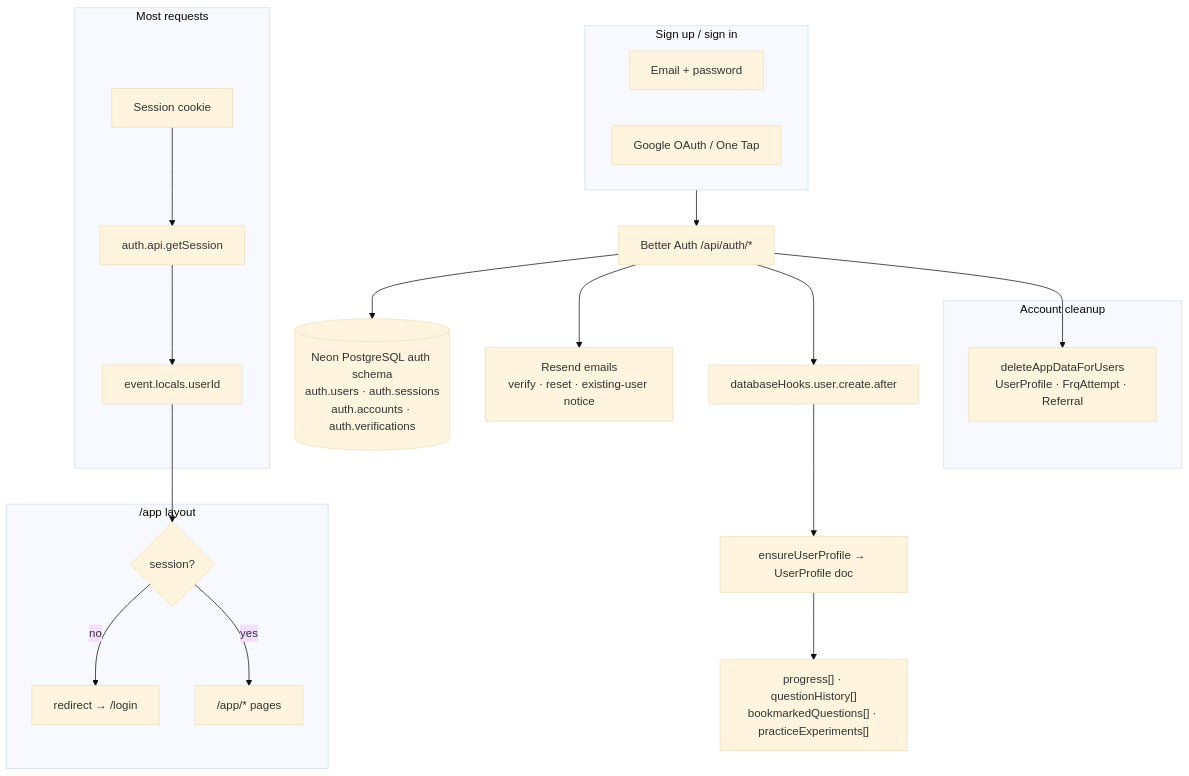
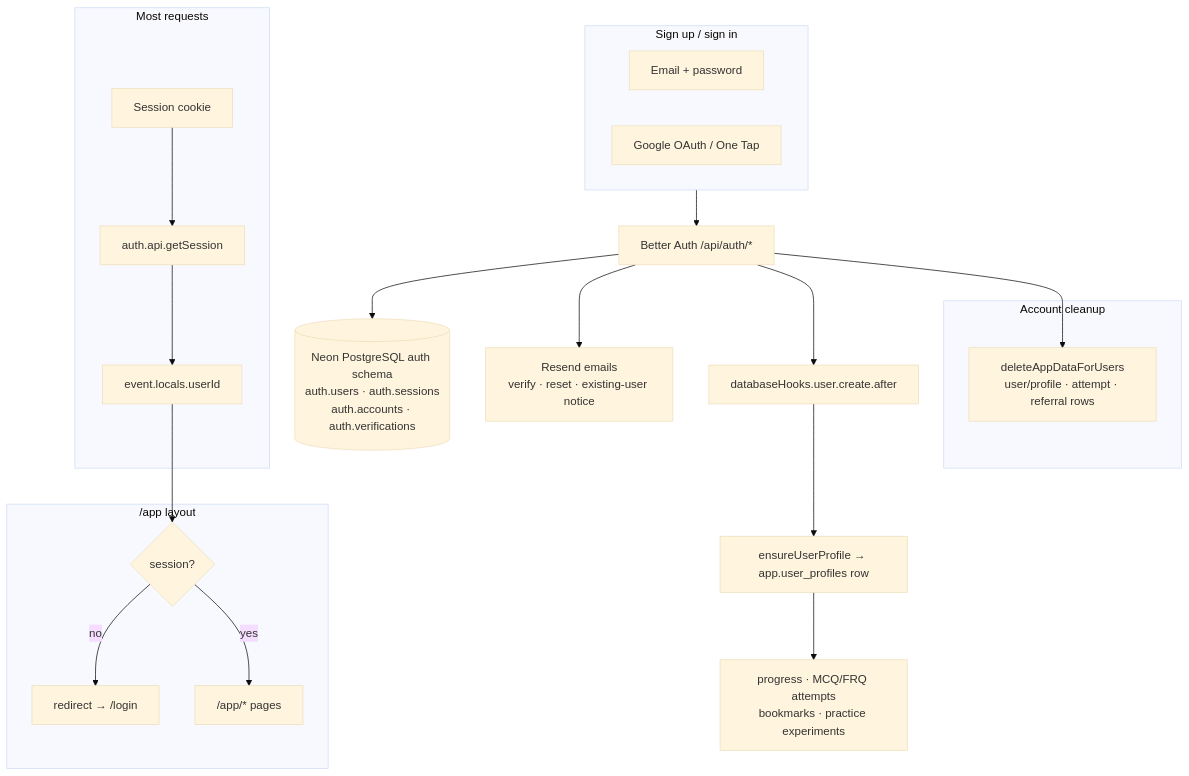
Before and after one commit to 5cisummai/freeappractice: the fifth of 7 diagrams in docs/architecture.md, drawn with Mermaid (base theme). The commit also changed other lines of this file and 151 other files, not shown here.

Commit message:
simplify application architecture

````diff
--- a/docs/architecture.md
+++ b/docs/architecture.md
@@ -230,32 +230,32 @@
 ```mermaid
 flowchart TD
     subgraph SignUp["Sign up / sign in"]
         Email["Email + password"]
         Google["Google OAuth / One Tap"]
     end
 
     SignUp --> BA["Better Auth /api/auth/*"]
     BA --> AuthDB[("Neon PostgreSQL auth schema<br/>auth.users · auth.sessions<br/>auth.accounts · auth.verifications")]
     BA --> EmailSend["Resend emails<br/>verify · reset · existing-user notice"]
     BA --> Hook["databaseHooks.user.create.after"]
-    Hook --> Profile["ensureUserProfile → UserProfile doc"]
+    Hook --> Profile["ensureUserProfile → app.user_profiles row"]
 
     subgraph Session["Most requests"]
         Cookie["Session cookie"]
         Cookie --> GetSession["auth.api.getSession"]
         GetSession --> Locals["event.locals.userId"]
     end
 
     subgraph AppGuard["/app layout"]
         Locals --> Check{session?}
         Check -->|no| Redirect["redirect → /login"]
         Check -->|yes| AppPages["/app/* pages"]
     end
 
     subgraph Delete["Account cleanup"]
-        Del["deleteAppDataForUsers<br/>UserProfile · FrqAttempt · Referral"]
+        Del["deleteAppDataForUsers<br/>user/profile · attempt · referral rows"]
     end
 
-    Profile --> UserData["progress[] · questionHistory[]<br/>bookmarkedQuestions[] · practiceExperiments[]"]
+    Profile --> UserData["progress · MCQ/FRQ attempts<br/>bookmarks · practice experiments"]
     BA --> Del
 ```
````
